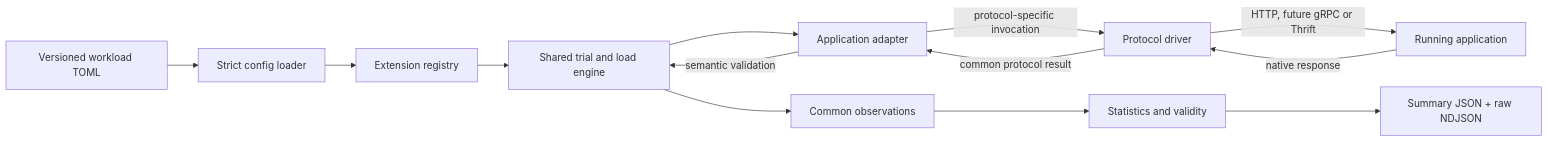
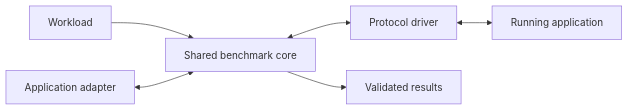
The first of 3 diagrams in examples/evaluators/microservice/README.md (uw-syfi/vibesys), drawn with Mermaid before and after one commit.

Commit message:
Simplify microservice design diagram

````diff
--- a/examples/evaluators/microservice/README.md
+++ b/examples/evaluators/microservice/README.md
@@ -25,17 +25,8 @@
 ```mermaid
 flowchart LR
-    W["Versioned workload TOML"] --> C["Strict config loader"]
-    C --> R["Extension registry"]
-    R --> E["Shared trial and load engine"]
-
-    E --> A["Application adapter"]
-    A -->|"protocol-specific invocation"| D["Protocol driver"]
-    D -->|"HTTP, future gRPC or Thrift"| T["Running application"]
-    T -->|"native response"| D
-    D -->|"common protocol result"| A
-    A -->|"semantic validation"| E
-
-    E --> O["Common observations"]
-    O --> S["Statistics and validity"]
-    S --> J["Summary JSON + raw NDJSON"]
+    W["Workload"] --> E["Shared benchmark core"]
+    A["Application adapter"] <--> E
+    E <--> D["Protocol driver"]
+    D <--> T["Running application"]
+    E --> R["Validated results"]
 ```
````
